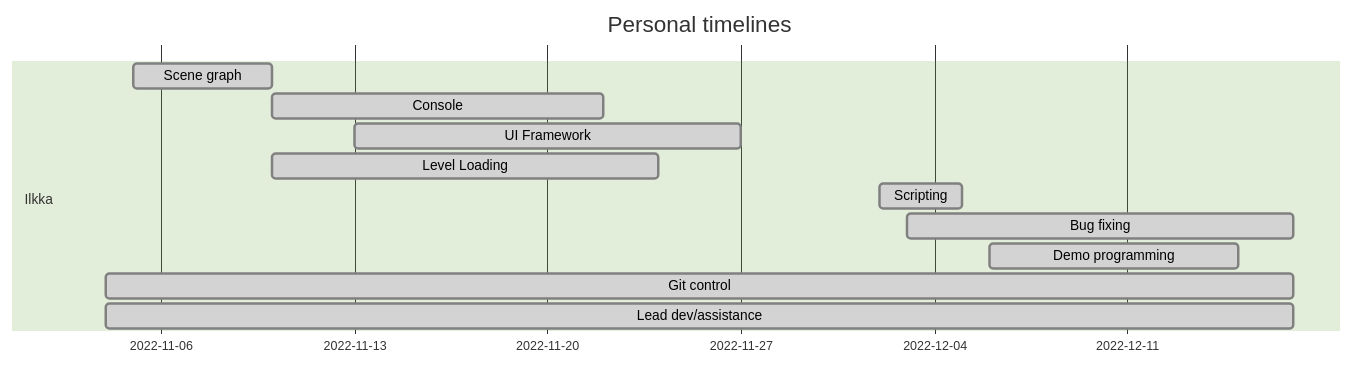
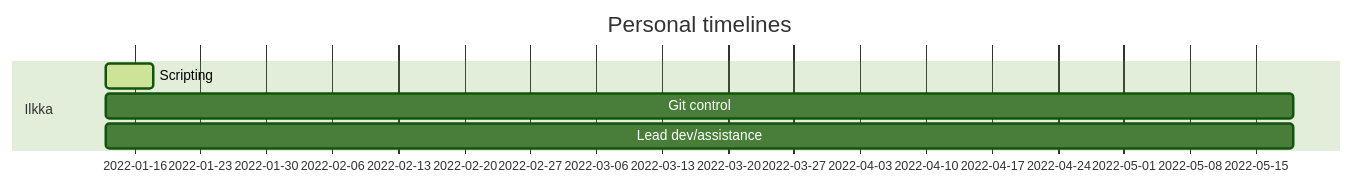
The second of 3 diagrams in docs/ProjectPlan.md (IlkkaTakala/Eril-Engine), drawn with Mermaid (forest theme) before and after one commit. The commit also changed other lines of this file and 2 other files, not shown here.

````diff
--- a/docs/ProjectPlan.md
+++ b/docs/ProjectPlan.md
@@ -64,16 +70,10 @@
 ```mermaid
 gantt
 dateFormat  DD-MM
 title Personal timelines
 
 section Ilkka
-Scene graph             :done,    ides1, 05-11, 5d
-Console                 :done,    ides2, after ides1, 12d
-UI Framework            :done,    ides6, 13-11, 14d 
-Level Loading           :done,    ides5, after ides1, 14d
-Scripting               :done,    ides8, 02-12, 3d
-Bug fixing              :done,    ides6, 03-12, 17-12
-Demo programming        :done,    ides7, 06-12, 15-12
-Git control             :done,    ides3, 04-11, 17-12
-Lead dev/assistance     :done,    ides4, 04-11, 17-12
+Scripting               :active,    ides1, 13-01, 5d
+Git control             :           ides3, 13-01, 18w
+Lead dev/assistance     :           ides4, 13-01, 18w
 ```
````
